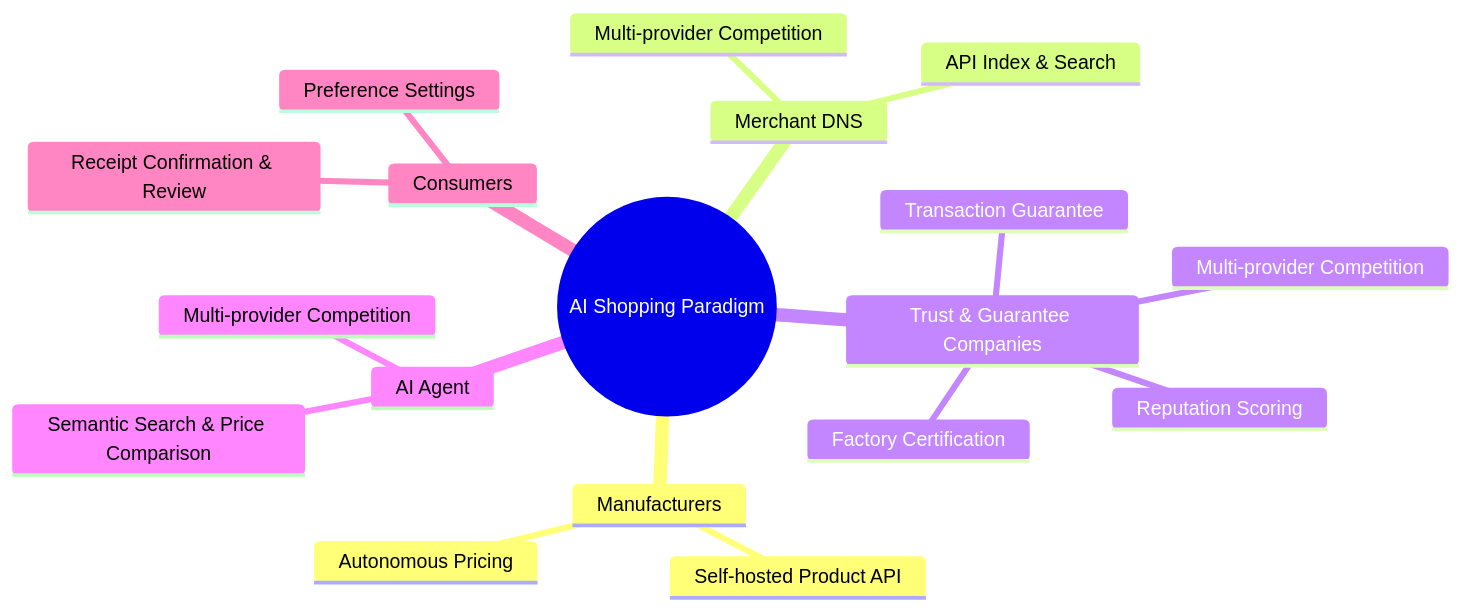
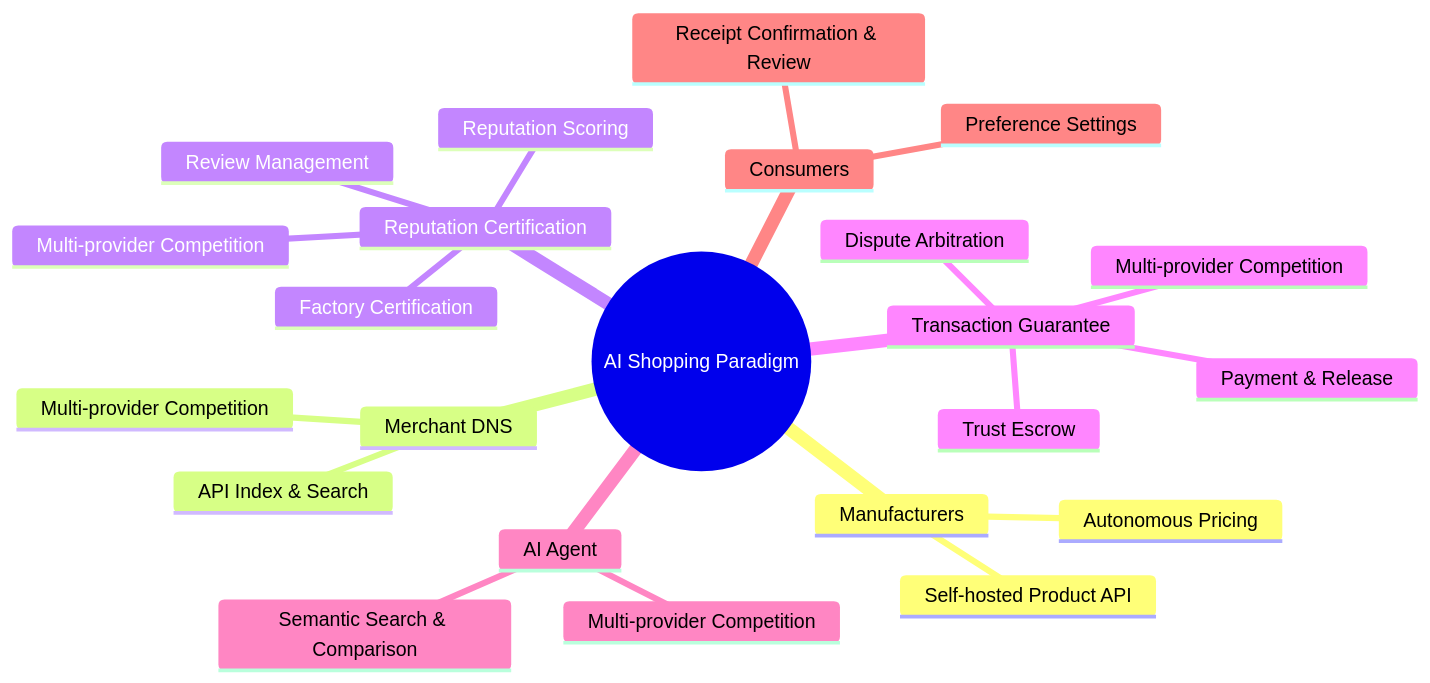
One commit to kaicen-x/ai-shopping-paradigm changed the first of 7 diagrams in English/AI-Shopping-Paradigm.md. Above: the diagram before and after it, drawn with Mermaid. The commit also changed other lines of this file and 4 other files, not shown here.

````diff
--- a/English/AI-Shopping-Paradigm.md
+++ b/English/AI-Shopping-Paradigm.md
@@ -13,21 +13,26 @@
 ```mermaid
 mindmap
   root(("AI Shopping Paradigm"))
     Manufacturers
       Self-hosted Product API
       Autonomous Pricing
     Merchant DNS
       API Index & Search
       Multi-provider Competition
-    Trust & Guarantee Companies
+    Reputation Certification
       Factory Certification
       Reputation Scoring
-      Transaction Guarantee
+      Review Management
+      Multi-provider Competition
+    Transaction Guarantee
+      Trust Escrow
+      Payment & Release
+      Dispute Arbitration
       Multi-provider Competition
     AI Agent
-      Semantic Search & Price Comparison
+      Semantic Search & Comparison
       Multi-provider Competition
     Consumers
       Preference Settings
       Receipt Confirmation & Review
 ```
````
